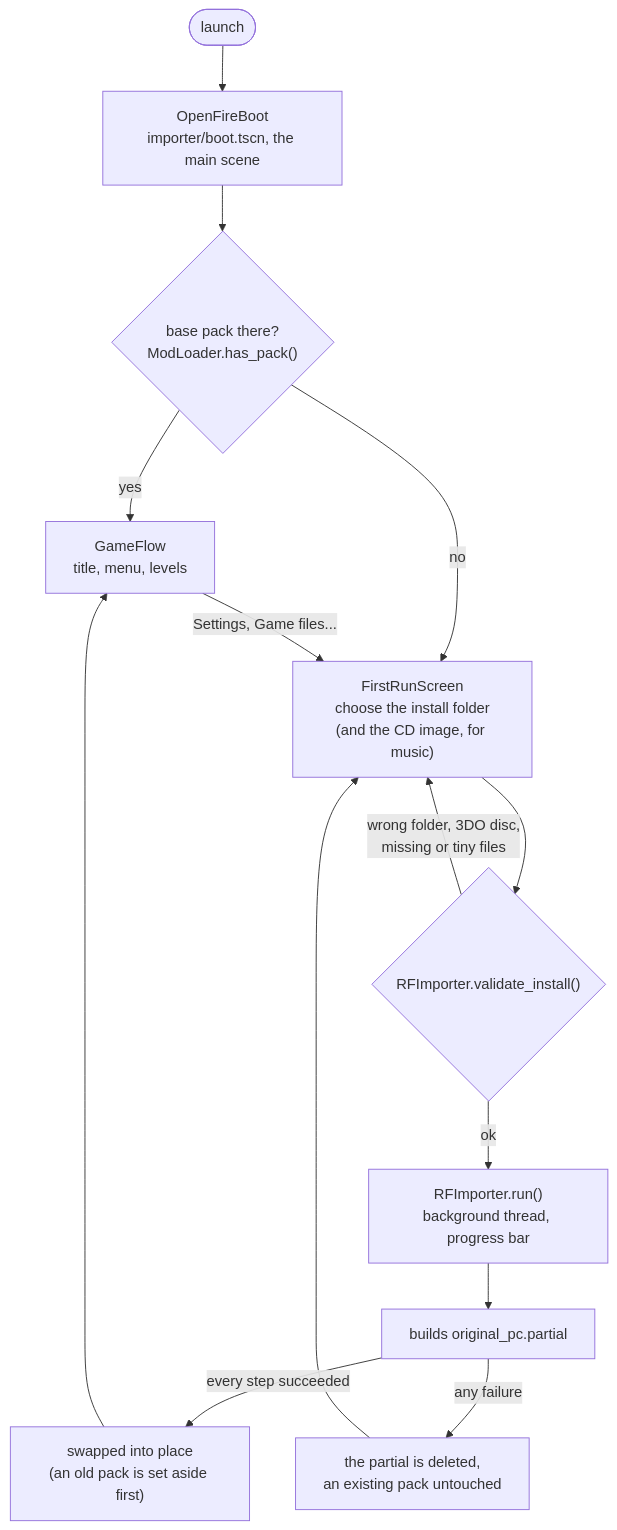
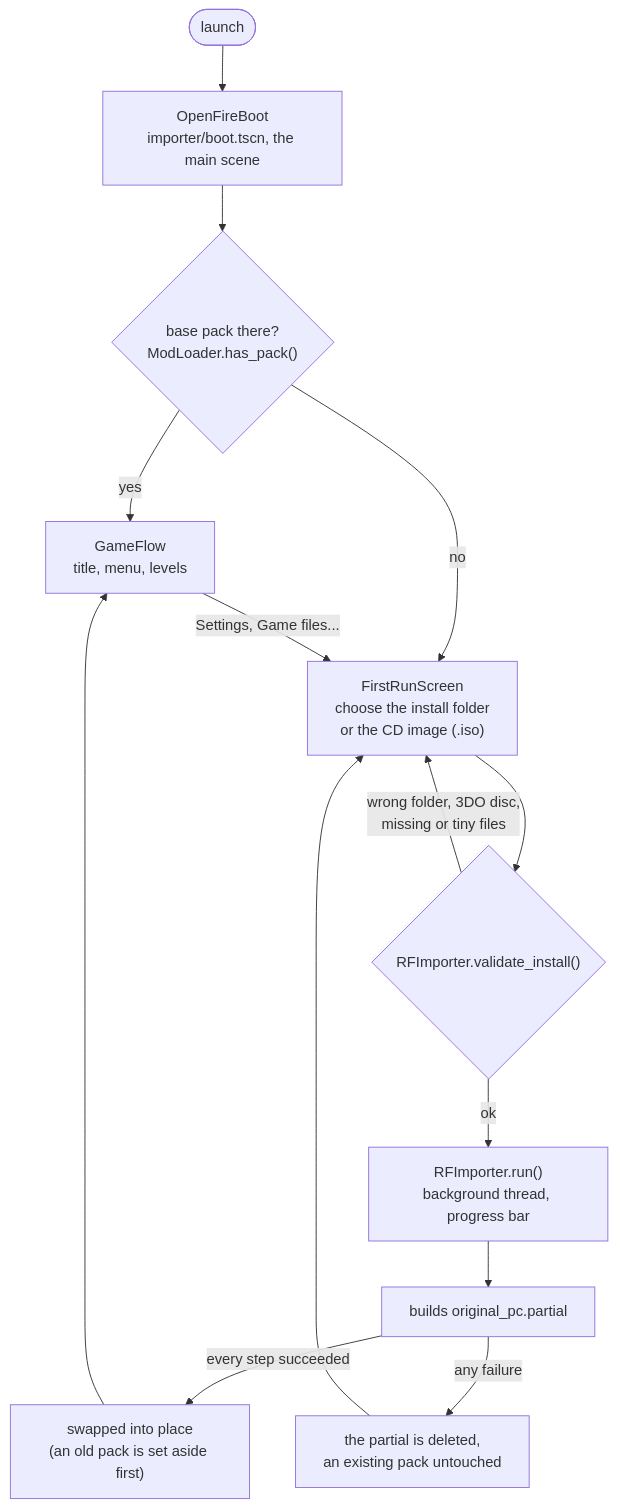
One commit to alexdia25/openfire changed the third of 4 diagrams in docs/ARCHITECTURE.md. Above: the diagram before and after it, drawn with Mermaid. The commit also changed other lines of this file and 10 other files, not shown here.

First line of the commit message:
Import from one source: the install folder or the CD's .iso is enough

````diff
--- a/docs/ARCHITECTURE.md
+++ b/docs/ARCHITECTURE.md
@@ -102,16 +102,16 @@
 ```mermaid
 flowchart TD
     START(["launch"]) --> BOOT["OpenFireBoot<br/>importer/boot.tscn, the main scene"]
     BOOT --> HAS{"base pack there?<br/>ModLoader.has_pack()"}
     HAS -- yes --> FLOW["GameFlow<br/>title, menu, levels"]
-    HAS -- no --> SCREEN["FirstRunScreen<br/>choose the install folder<br/>(and the CD image, for music)"]
+    HAS -- no --> SCREEN["FirstRunScreen<br/>choose the install folder<br/>or the CD image (.iso)"]
     SCREEN --> VAL{"RFImporter.validate_install()"}
     VAL -- "wrong folder, 3DO disc,<br/>missing or tiny files" --> SCREEN
     VAL -- ok --> RUN["RFImporter.run()<br/>background thread, progress bar"]
     RUN --> PARTIAL["builds original_pc.partial"]
     PARTIAL -- "every step succeeded" --> SWAP["swapped into place<br/>(an old pack is set aside first)"]
     PARTIAL -- "any failure" --> CLEAN["the partial is deleted,<br/>an existing pack untouched"]
     CLEAN --> SCREEN
     SWAP --> FLOW
     FLOW -- "Settings, Game files..." --> SCREEN
 ```
````
